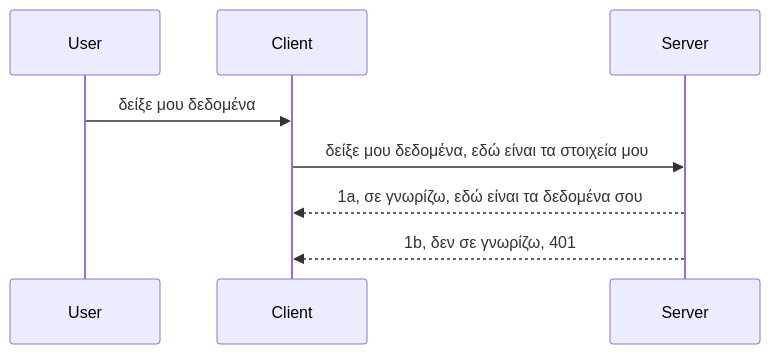
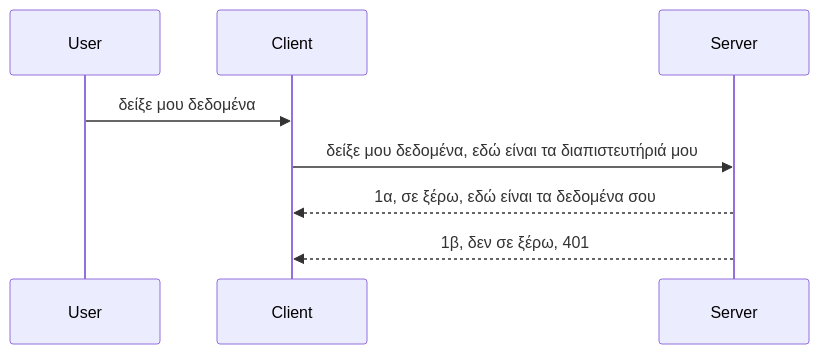
The diagram in mcp_ecosystem__model_context_protocol/mcp_learning_resources/mcp-for-beginners/translations/el/03-GettingStarted/11-simple-auth/README.md (HIDORAKAI002/ai-workspace-archive), drawn with Mermaid before and after one commit. The commit also changed other lines of this file and 1046 other files, not shown here.

````diff
--- a/mcp_ecosystem__model_context_protocol/mcp_learning_resources/mcp-for-beginners/translations/el/03-GettingStarted/11-simple-auth/README.md
+++ b/mcp_ecosystem__model_context_protocol/mcp_learning_resources/mcp-for-beginners/translations/el/03-GettingStarted/11-simple-auth/README.md
@@ -24,11 +24,11 @@
 ```mermaid
 sequenceDiagram
    participant User
    participant Client
    participant Server
 
    User->>Client: δείξε μου δεδομένα
-   Client->>Server: δείξε μου δεδομένα, εδώ είναι τα στοιχεία μου
-   Server-->>Client: 1a, σε γνωρίζω, εδώ είναι τα δεδομένα σου
-   Server-->>Client: 1b, δεν σε γνωρίζω, 401 
+   Client->>Server: δείξε μου δεδομένα, εδώ είναι τα διαπιστευτήριά μου
+   Server-->>Client: 1α, σε ξέρω, εδώ είναι τα δεδομένα σου
+   Server-->>Client: 1β, δεν σε ξέρω, 401 
 ```
````
